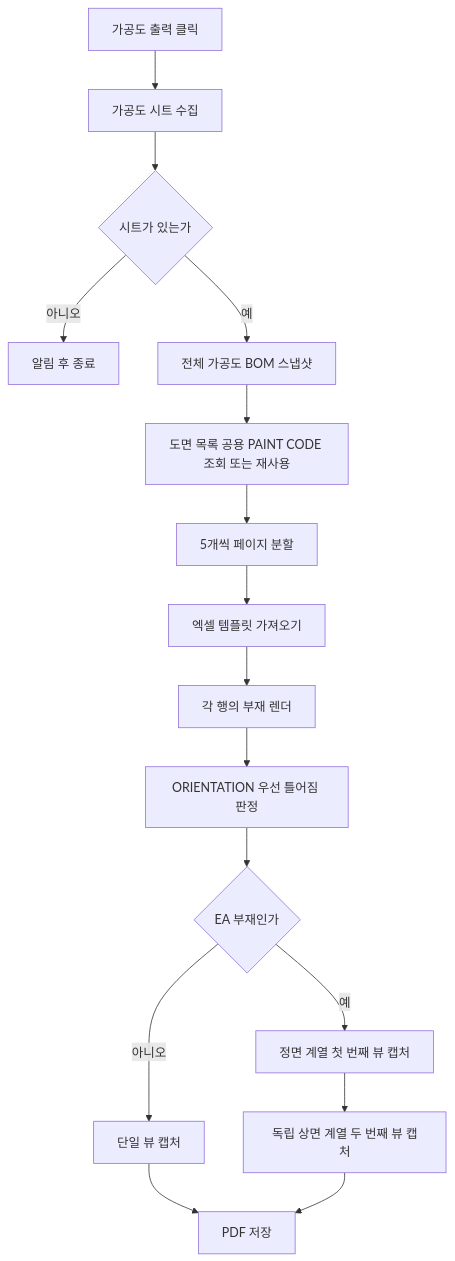
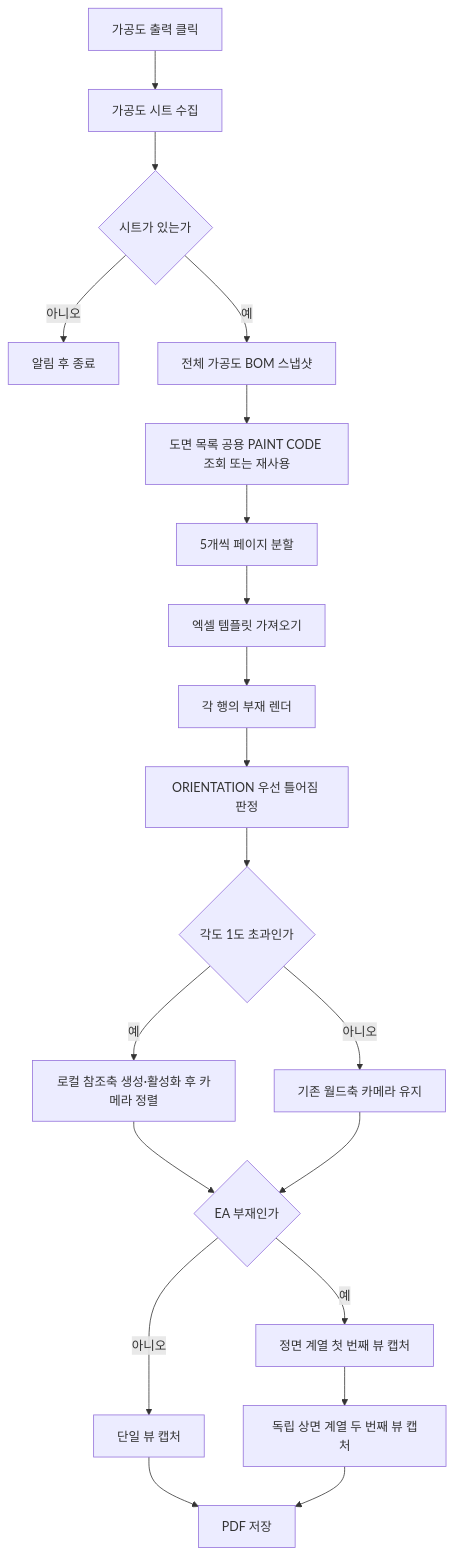
The diagram in docs/기능/가공도/가공도 시트.md (uuuuj/a2z), drawn with Mermaid before and after one commit. The commit also changed other lines of this file and 6 other files, not shown here.

````diff
--- a/docs/기능/가공도/가공도 시트.md
+++ b/docs/기능/가공도/가공도 시트.md
@@ -25,18 +25,22 @@
 ```mermaid
 flowchart TD
     A["가공도 출력 클릭"] --> B["가공도 시트 수집"]
     B --> C{"시트가 있는가"}
     C -- 아니오 --> D["알림 후 종료"]
     C -- 예 --> E["전체 가공도 BOM 스냅샷"]
     E --> E1["도면 목록 공용 PAINT CODE 조회 또는 재사용"]
     E1 --> F["5개씩 페이지 분할"]
     F --> G["엑셀 템플릿 가져오기"]
     G --> H["각 행의 부재 렌더"]
     H --> H1["ORIENTATION 우선 틀어짐 판정"]
-    H1 --> I{"EA 부재인가"}
+    H1 --> H2{"각도 1도 초과인가"}
+    H2 -- 예 --> H3["로컬 참조축 생성·활성화 후 카메라 정렬"]
+    H2 -- 아니오 --> H4["기존 월드축 카메라 유지"]
+    H3 --> I{"EA 부재인가"}
+    H4 --> I
     I -- 아니오 --> J["단일 뷰 캡처"]
     I -- 예 --> K["정면 계열 첫 번째 뷰 캡처"]
     K --> L["독립 상면 계열 두 번째 뷰 캡처"]
     J --> M["PDF 저장"]
     L --> M
 ```
````
